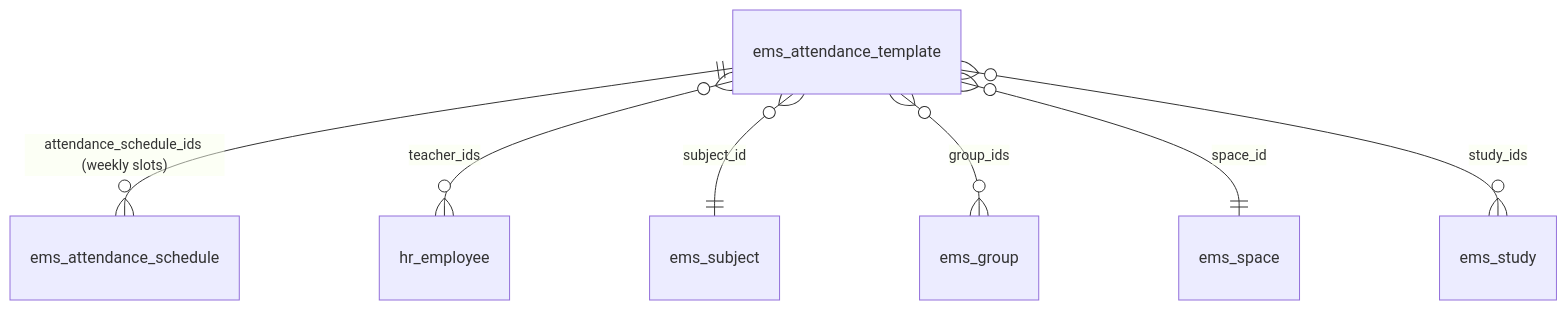
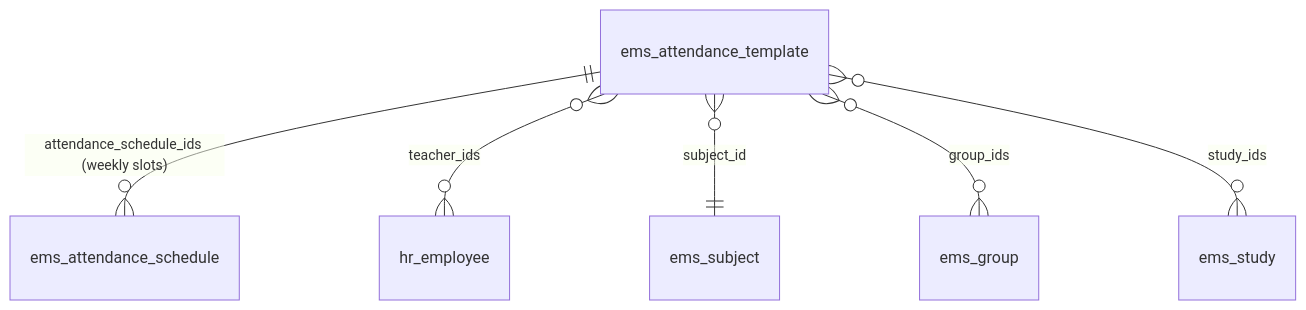
One commit to ElPuig/EMS changed the first of 2 diagrams in docs/en/developers/attendance/attendance_template.md. Above: the diagram before and after it, drawn with Mermaid. The commit also changed other lines of this file and 44 other files, not shown here.

````diff
--- a/docs/en/developers/attendance/attendance_template.md
+++ b/docs/en/developers/attendance/attendance_template.md
@@ -15,9 +15,8 @@
 ```mermaid
 erDiagram
     ems_attendance_template ||--o{ ems_attendance_schedule : "attendance_schedule_ids (weekly slots)"
     ems_attendance_template }o--o{ hr_employee : "teacher_ids"
     ems_attendance_template }o--|| ems_subject : subject_id
     ems_attendance_template }o--o{ ems_group : group_ids
-    ems_attendance_template }o--|| ems_space : space_id
     ems_attendance_template }o--o{ ems_study : study_ids
 ```
````
